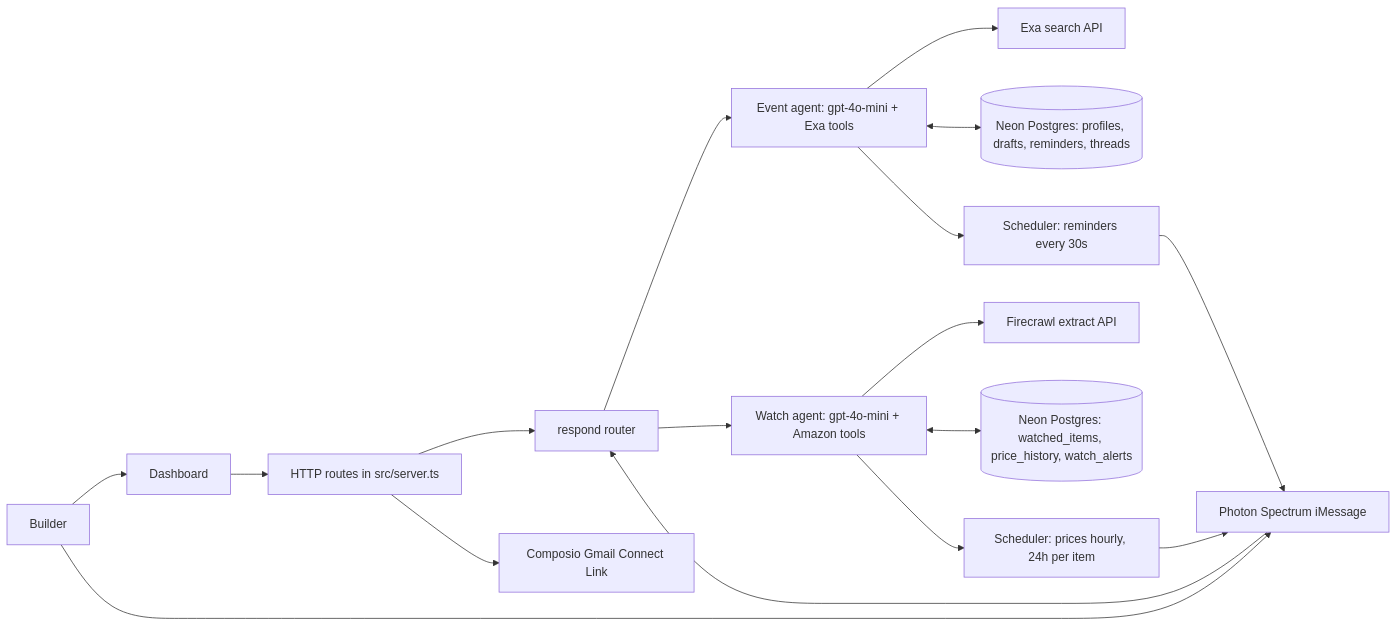
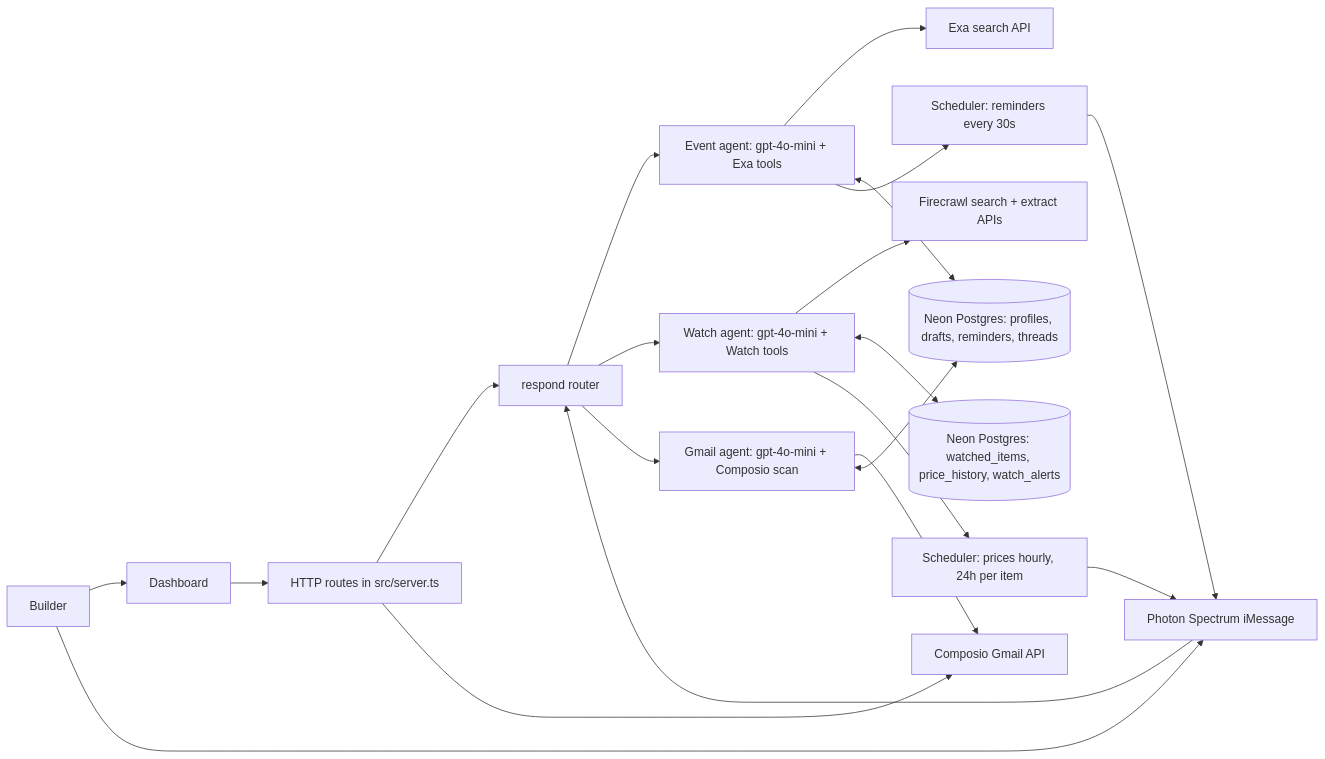
Before and after one commit to fozagtx/Okupy: the diagram in docs/architecture.md, drawn with Mermaid. The commit also changed other lines of this file and 29 other files, not shown here.

Commit message:
Migrate to src/agent, add user-triggered Gmail deal scanner, and product search

````diff
--- a/docs/architecture.md
+++ b/docs/architecture.md
@@ -10,19 +10,22 @@
 ```mermaid
 flowchart LR
   U[Builder] --> D[Dashboard]
   U --> P[Photon Spectrum iMessage]
   D --> R[HTTP routes in src/server.ts]
   P --> RSP[respond router]
   R --> RSP
   RSP --> E[Event agent: gpt-4o-mini + Exa tools]
-  RSP --> W[Watch agent: gpt-4o-mini + Amazon tools]
+  RSP --> W[Watch agent: gpt-4o-mini + Watch tools]
+  RSP --> G[Gmail agent: gpt-4o-mini + Composio scan]
   E --> X[Exa search API]
-  W --> F[Firecrawl extract API]
+  W --> F[Firecrawl search + extract APIs]
+  G --> C[Composio Gmail API]
   E <--> N[(Neon Postgres: profiles, drafts, reminders, threads)]
   W <--> N2[(Neon Postgres: watched_items, price_history, watch_alerts)]
-  R --> C[Composio Gmail Connect Link]
+  G <--> N
+  R --> C
   E --> S[Scheduler: reminders every 30s]
   W --> WS[Scheduler: prices hourly, 24h per item]
   S --> P
   WS --> P
 ```
````
